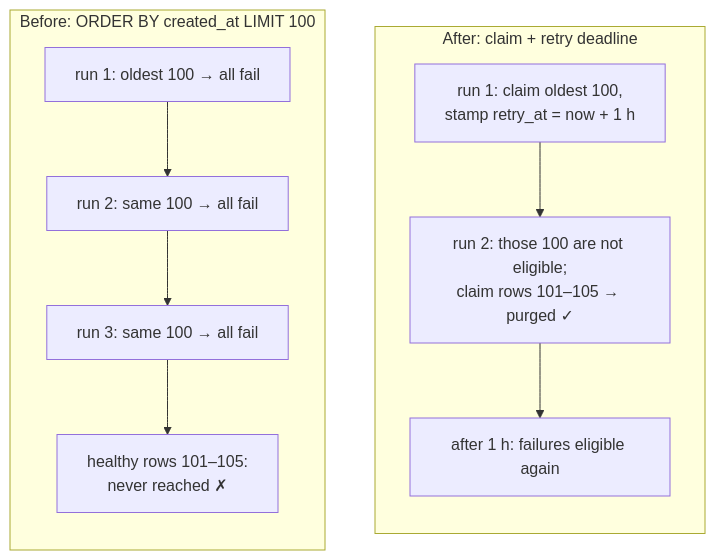
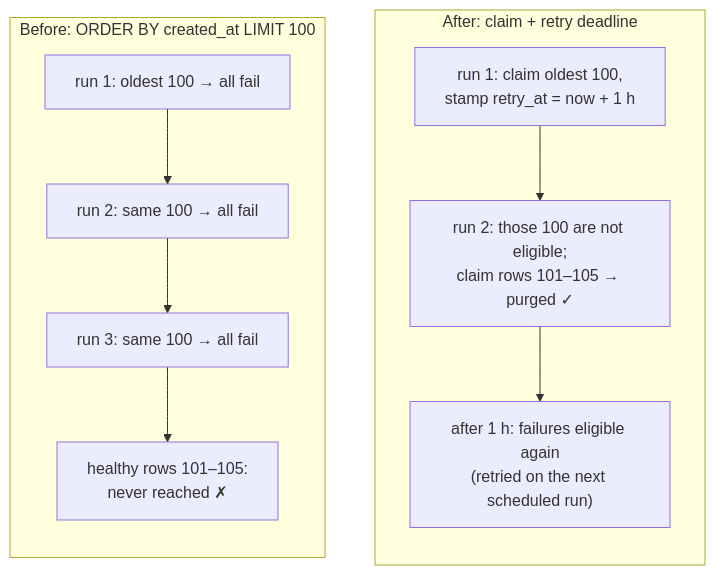
Before and after one commit to XKeviNguyen/three_heavens: the diagram in docs/engineering-case-studies/14-bounded-sweeps-that-starve-their-tail.md, drawn with Mermaid. The commit also changed other lines of this file and 3 other files, not shown here.

````diff
--- a/docs/engineering-case-studies/14-bounded-sweeps-that-starve-their-tail.md
+++ b/docs/engineering-case-studies/14-bounded-sweeps-that-starve-their-tail.md
@@ -15,15 +15,15 @@
 ```mermaid
 flowchart LR
     subgraph Before["Before: ORDER BY created_at LIMIT 100"]
         direction TB
         b1["run 1: oldest 100 → all fail"] --> b2["run 2: same 100 → all fail"]
         b2 --> b3["run 3: same 100 → all fail"]
         b3 --> b4["healthy rows 101–105:<br/>never reached ✗"]
     end
     subgraph After["After: claim + retry deadline"]
         direction TB
         a1["run 1: claim oldest 100,<br/>stamp retry_at = now + 1 h"] --> a2["run 2: those 100 are not eligible;<br/>claim rows 101–105 → purged ✓"]
-        a2 --> a3["after 1 h: failures eligible again"]
+        a2 --> a3["after 1 h: failures eligible again<br/>(retried on the next scheduled run)"]
     end
     Before ~~~ After
 ```
````
